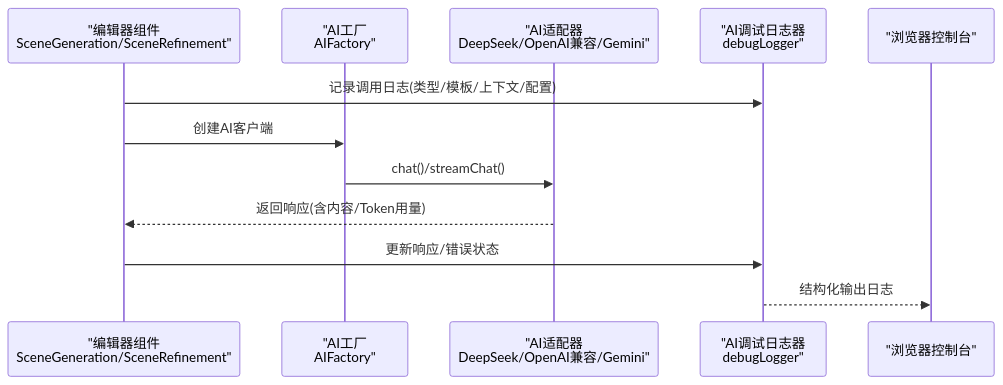
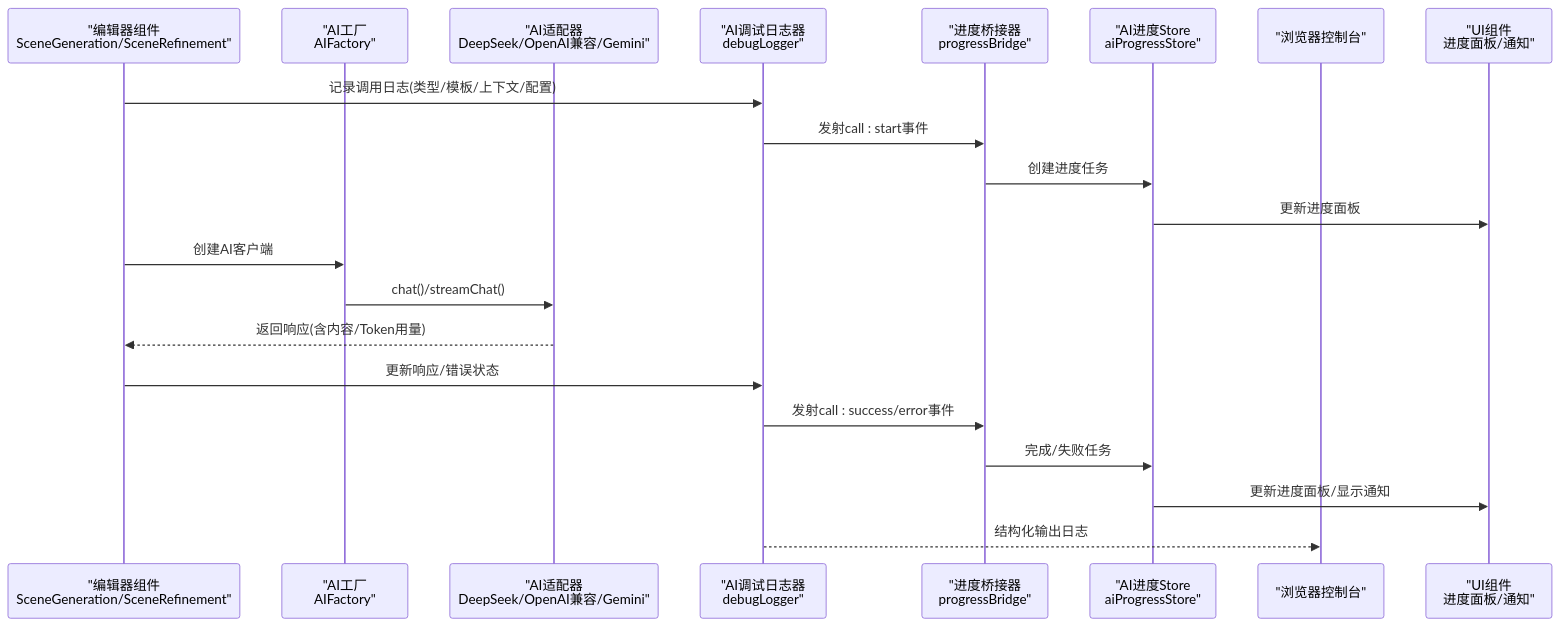
Before and after one commit to leonaiuv/aixsss: the second of 9 diagrams in .qoder/repowiki/zh/content/技术架构/AI调试日志器.md, drawn with Mermaid. The commit also changed other lines of this file and 9 other files, not shown here.

Commit message:
查询、导出与优化建议 - 完善调用流程图与架构文档，详述事件驱动和状态管理的设计理念与实现细节

````diff
--- a/.qoder/repowiki/zh/content/技术架构/AI调试日志器.md
+++ b/.qoder/repowiki/zh/content/技术架构/AI调试日志器.md
@@ -101,14 +122,23 @@
 ```mermaid
 sequenceDiagram
 participant UI as "编辑器组件<br/>SceneGeneration/SceneRefinement"
 participant Factory as "AI工厂<br/>AIFactory"
 participant Provider as "AI适配器<br/>DeepSeek/OpenAI兼容/Gemini"
 participant Logger as "AI调试日志器<br/>debugLogger"
+participant Bridge as "进度桥接器<br/>progressBridge"
+participant Store as "AI进度Store<br/>aiProgressStore"
 participant Console as "浏览器控制台"
+participant UIComp as "UI组件<br/>进度面板/通知"
 UI->>Logger : 记录调用日志(类型/模板/上下文/配置)
+Logger->>Bridge : 发射call : start事件
+Bridge->>Store : 创建进度任务
+Store->>UIComp : 更新进度面板
 UI->>Factory : 创建AI客户端
 Factory->>Provider : chat()/streamChat()
 Provider-->>UI : 返回响应(含内容/Token用量)
 UI->>Logger : 更新响应/错误状态
+Logger->>Bridge : 发射call : success/error事件
+Bridge->>Store : 完成/失败任务
+Store->>UIComp : 更新进度面板/显示通知
 Logger-->>Console : 结构化输出日志
 ```
````
